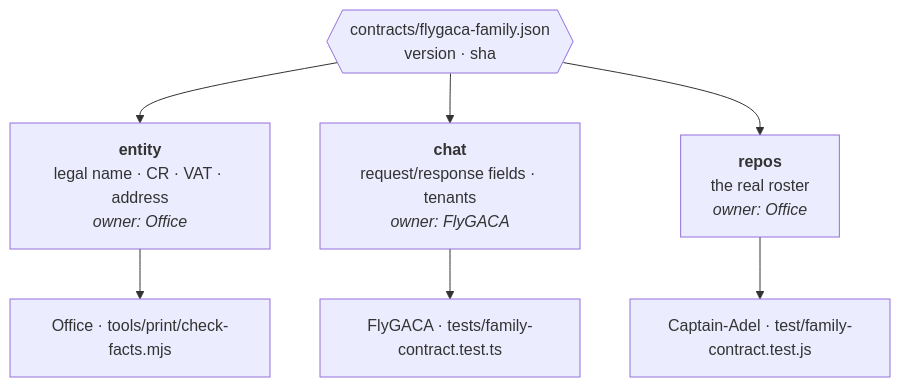
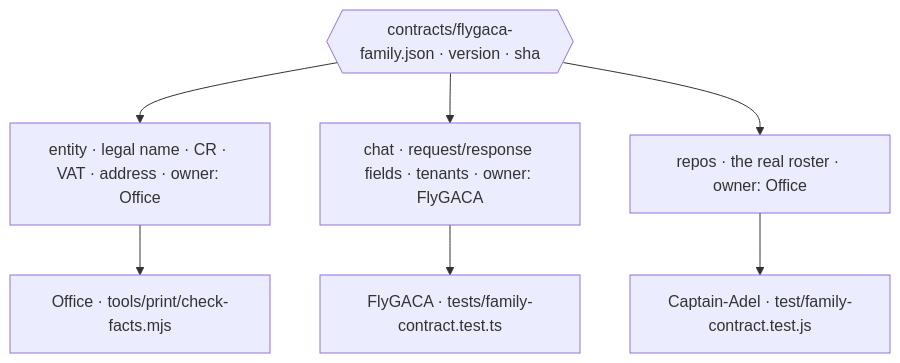
Before and after one commit to iflygaca/FlyGACA-Family: the third of 4 diagrams in README.md, drawn with Mermaid. The commit also changed other lines of this file and 3 other files, not shown here.

````diff
--- a/README.md
+++ b/README.md
@@ -156,11 +142,11 @@
 ```mermaid
 flowchart TB
-    C{{"contracts/flygaca-family.json<br/>version · sha"}}
-    C --> E["<b>entity</b><br/>legal name · CR · VAT · address<br/><i>owner: Office</i>"]
-    C --> H["<b>chat</b><br/>request/response fields · tenants<br/><i>owner: FlyGACA</i>"]
-    C --> R["<b>repos</b><br/>the real roster<br/><i>owner: Office</i>"]
+    C{{"contracts/flygaca-family.json · version · sha"}}
+    C --> E["entity · legal name · CR · VAT · address · owner: Office"]
+    C --> H["chat · request/response fields · tenants · owner: FlyGACA"]
+    C --> R["repos · the real roster · owner: Office"]
 
     E --> G1["Office · tools/print/check-facts.mjs"]
     H --> G2["FlyGACA · tests/family-contract.test.ts"]
     R --> G3["Captain-Adel · test/family-contract.test.js"]
 ```
````
